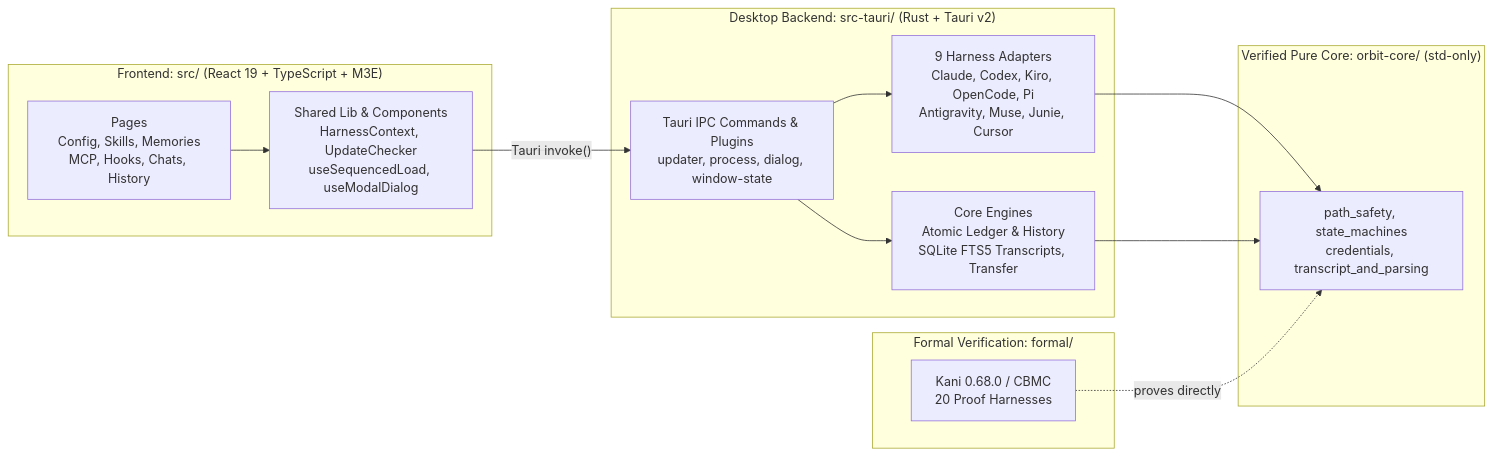
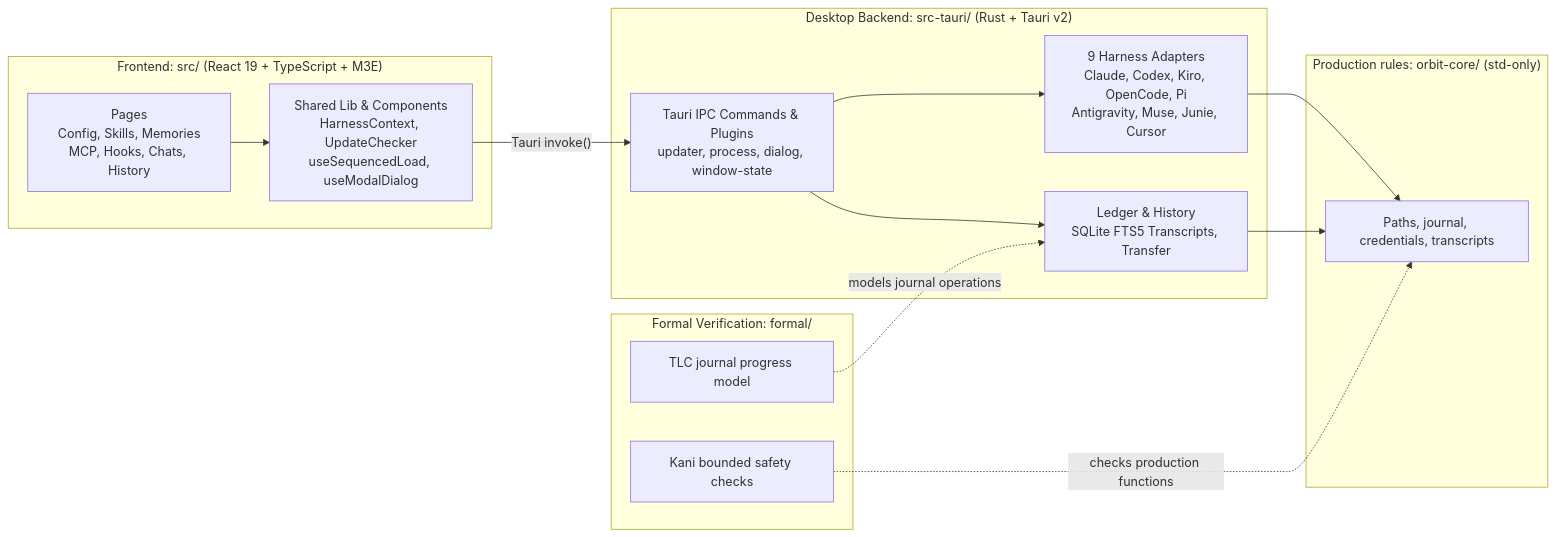
One commit to RoyCoding8/Orbit changed the diagram in README.md. Above: the diagram before and after it, drawn with Mermaid. The commit also changed other lines of this file and 28 other files, not shown here.

First line of the commit message:
Rebuild Orbit verification around production code

````diff
--- a/README.md
+++ b/README.md
@@ -63,29 +62,31 @@
 ```mermaid
 flowchart LR
   subgraph UI["Frontend: src/ (React 19 + TypeScript + M3E)"]
     Pages["Pages\nConfig, Skills, Memories\nMCP, Hooks, Chats, History"]
     Lib["Shared Lib & Components\nHarnessContext, UpdateChecker\nuseSequencedLoad, useModalDialog"]
     Pages --> Lib
   end
 
   subgraph Backend["Desktop Backend: src-tauri/ (Rust + Tauri v2)"]
     Commands["Tauri IPC Commands & Plugins\nupdater, process, dialog, window-state"]
     Harnesses["9 Harness Adapters\nClaude, Codex, Kiro, OpenCode, Pi\nAntigravity, Muse, Junie, Cursor"]
-    Engine["Core Engines\nAtomic Ledger & History\nSQLite FTS5 Transcripts, Transfer"]
+    Engine["Ledger & History\nSQLite FTS5 Transcripts, Transfer"]
     Commands --> Harnesses
     Commands --> Engine
   end
 
-  subgraph Core["Verified Pure Core: orbit-core/ (std-only)"]
-    Invariants["path_safety, state_machines\ncredentials, transcript_and_parsing"]
+  subgraph Core["Production rules: orbit-core/ (std-only)"]
+    Rules["Paths, journal, credentials, transcripts"]
   end
 
   subgraph Formal["Formal Verification: formal/"]
-    Kani["Kani 0.68.0 / CBMC\n20 Proof Harnesses"]
+    Kani["Kani bounded safety checks"]
+    TLC["TLC journal progress model"]
   end
 
   Lib -- "Tauri invoke()" --> Commands
-  Harnesses --> Invariants
-  Engine --> Invariants
-  Kani -. "proves directly" .-> Invariants
+  Harnesses --> Rules
+  Engine --> Rules
+  Kani -. "checks production functions" .-> Rules
+  TLC -. "models journal operations" .-> Engine
 ```
````
